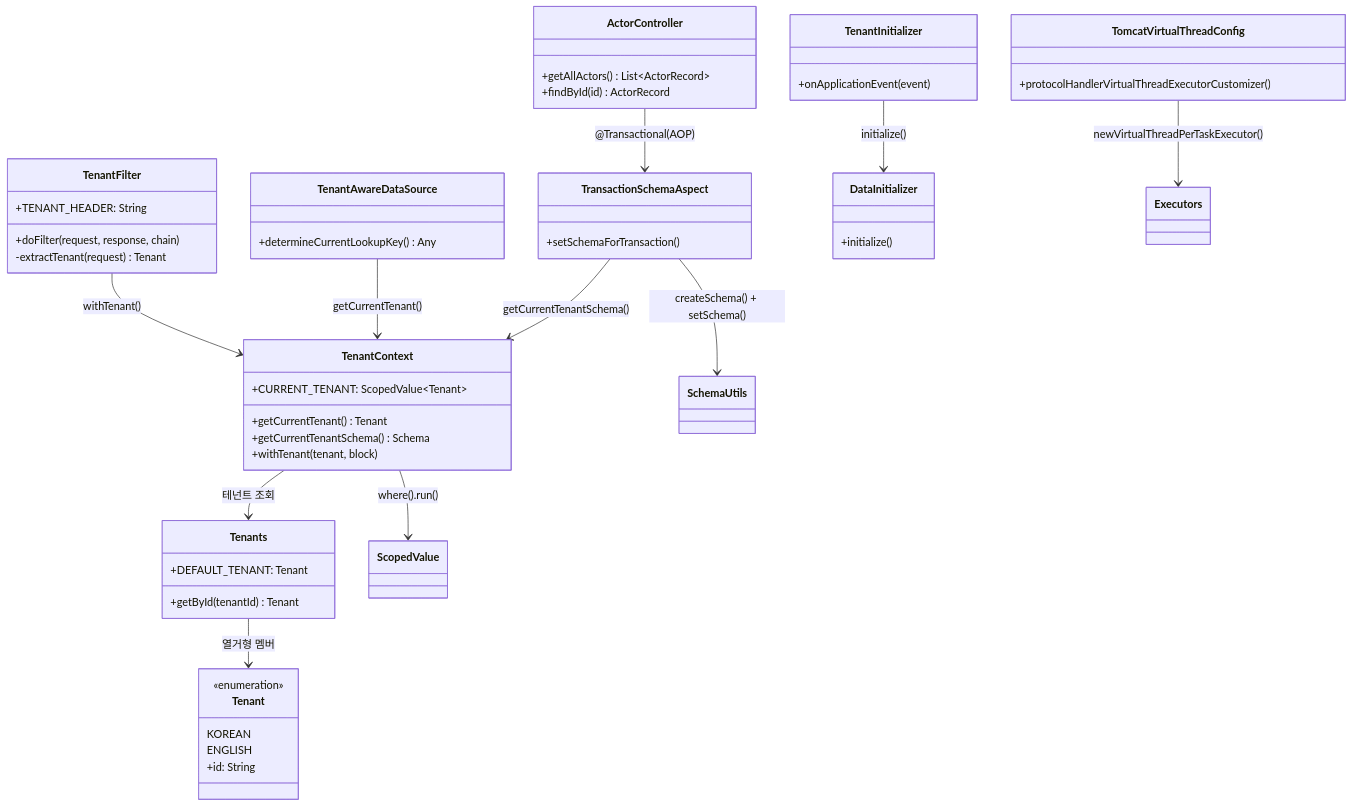
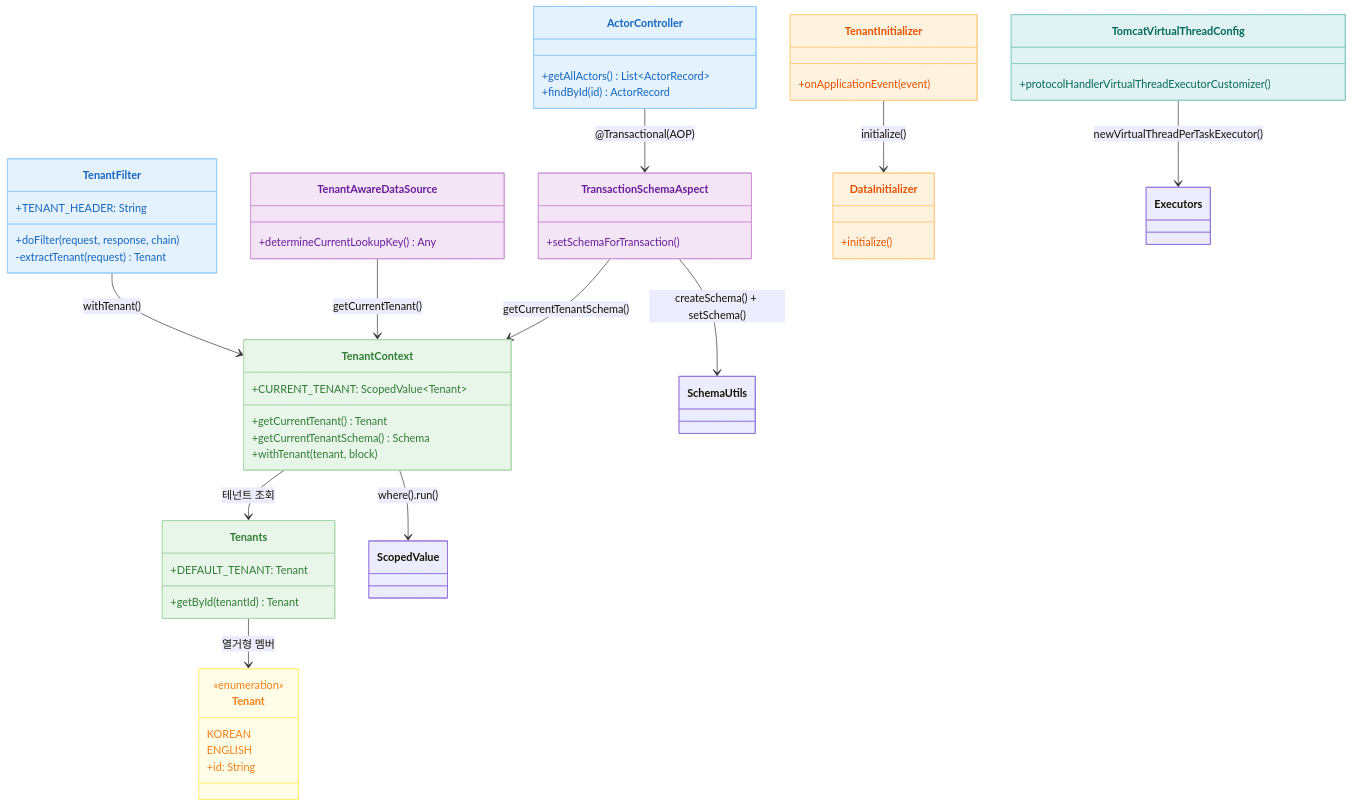
The second of 4 diagrams in 10-multi-tenant/02-multitenant-spring-web-virtualthread/README.md (bluetape4k/exposed-workshop), drawn with Mermaid before and after one commit. The commit also changed other lines of this file and 56 other files, not shown here.

First line of the commit message:
docs: 전체 README mermaid 다이어그램에 파스텔 톤 색상 적용

````diff
--- a/10-multi-tenant/02-multitenant-spring-web-virtualthread/README.md
+++ b/10-multi-tenant/02-multitenant-spring-web-virtualthread/README.md
@@ -60,63 +60,74 @@
 ```mermaid
 classDiagram
     class TomcatVirtualThreadConfig {
         +protocolHandlerVirtualThreadExecutorCustomizer()
     }
 
     class TenantFilter {
         +TENANT_HEADER: String
         +doFilter(request, response, chain)
         -extractTenant(request) Tenant
     }
 
     class TenantContext {
         +CURRENT_TENANT: ScopedValue~Tenant~
         +getCurrentTenant() Tenant
         +getCurrentTenantSchema() Schema
         +withTenant(tenant, block)
     }
 
     class Tenants {
         +DEFAULT_TENANT: Tenant
         +getById(tenantId) Tenant
     }
 
     class Tenant {
         <<enumeration>>
         KOREAN
         ENGLISH
         +id: String
     }
 
     class TenantAwareDataSource {
         +determineCurrentLookupKey() Any
     }
 
     class TransactionSchemaAspect {
         +setSchemaForTransaction()
     }
 
     class TenantInitializer {
         +onApplicationEvent(event)
     }
 
     class DataInitializer {
         +initialize()
     }
 
     class ActorController {
         +getAllActors() List~ActorRecord~
         +findById(id) ActorRecord
     }
 
     TomcatVirtualThreadConfig --> Executors : newVirtualThreadPerTaskExecutor()
     TenantFilter --> TenantContext : withTenant()
     TenantContext --> Tenants : 테넌트 조회
     Tenants --> Tenant : 열거형 멤버
     TenantContext --> ScopedValue : where().run()
     TenantAwareDataSource --> TenantContext : getCurrentTenant()
     TransactionSchemaAspect --> TenantContext : getCurrentTenantSchema()
     TransactionSchemaAspect --> SchemaUtils : createSchema() + setSchema()
     TenantInitializer --> DataInitializer : initialize()
     ActorController --> TransactionSchemaAspect : @Transactional(AOP)
+
+    style TomcatVirtualThreadConfig fill:#E0F2F1,stroke:#80CBC4,color:#00695C
+    style TenantFilter fill:#E3F2FD,stroke:#90CAF9,color:#1565C0
+    style TenantContext fill:#E8F5E9,stroke:#A5D6A7,color:#2E7D32
+    style Tenants fill:#E8F5E9,stroke:#A5D6A7,color:#2E7D32
+    style Tenant fill:#FFFDE7,stroke:#FFF176,color:#F57F17
+    style TenantAwareDataSource fill:#F3E5F5,stroke:#CE93D8,color:#6A1B9A
+    style TransactionSchemaAspect fill:#F3E5F5,stroke:#CE93D8,color:#6A1B9A
+    style TenantInitializer fill:#FFF3E0,stroke:#FFCC80,color:#E65100
+    style DataInitializer fill:#FFF3E0,stroke:#FFCC80,color:#E65100
+    style ActorController fill:#E3F2FD,stroke:#90CAF9,color:#1565C0
 ```
````
